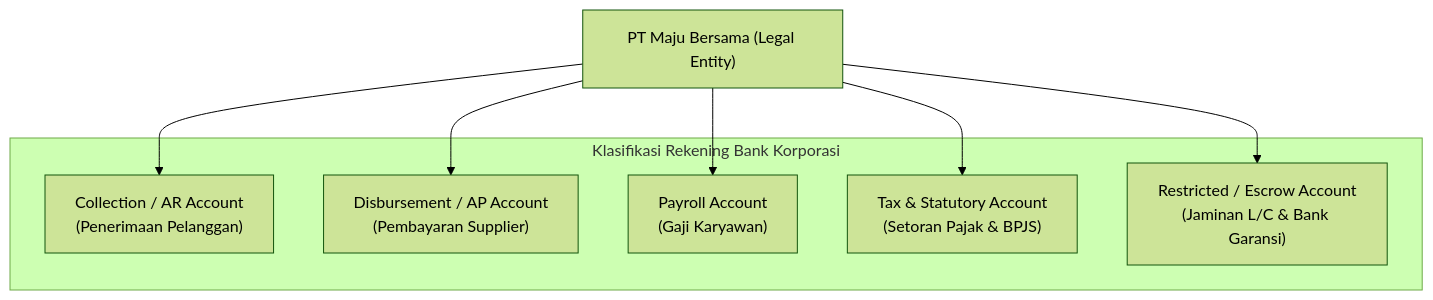
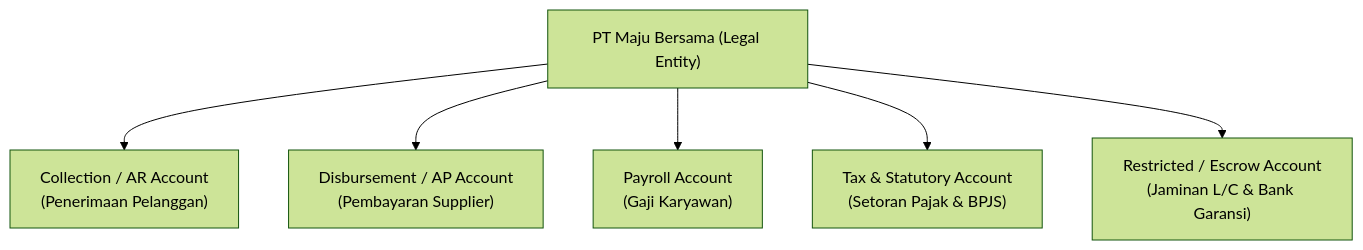
The first of 2 diagrams in content/07-finance/bank-account-management.md (alimurrofid/erp-notes), drawn with Mermaid (forest theme) before and after one commit. The commit also changed 58 other files, not shown here.

Commit message:
fix(content):Mermaid Subgraph

````diff
--- a/content/07-finance/bank-account-management.md
+++ b/content/07-finance/bank-account-management.md
@@ -9,15 +9,13 @@
 ```mermaid
 graph TD
-    subgraph CompanyBankAccounts["Klasifikasi Rekening Bank Korporasi"]
         Coll["Collection / AR Account<br/>(Penerimaan Pelanggan)"]
         Disb["Disbursement / AP Account<br/>(Pembayaran Supplier)"]
         Pay["Payroll Account<br/>(Gaji Karyawan)"]
         Tax["Tax & Statutory Account<br/>(Setoran Pajak & BPJS)"]
         Restr["Restricted / Escrow Account<br/>(Jaminan L/C & Bank Garansi)"]
-    end
     Company["PT Maju Bersama (Legal Entity)"] --> Coll
     Company --> Disb
     Company --> Pay
     Company --> Tax
     Company --> Restr
 ```
````
